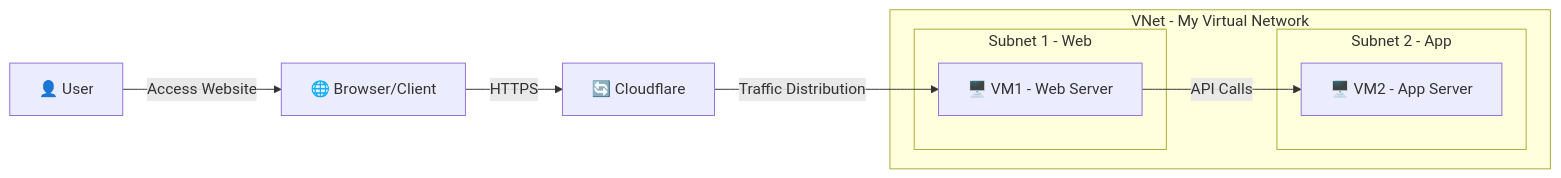
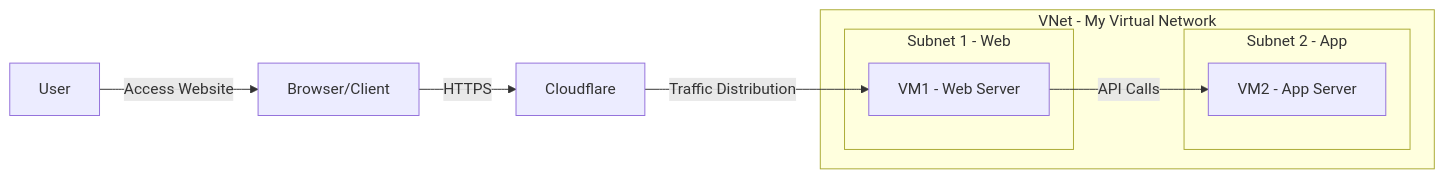
One commit to hexobandit/X9_simplemermaid changed the diagram in examples/network-diagram.mmd. Above: the diagram before and after it, drawn with Mermaid. The commit also changed 25 other files, not shown here.

```diff
--- a/examples/network-diagram.mmd
+++ b/examples/network-diagram.mmd
@@ -1,13 +1,13 @@
 flowchart LR
-User[👤 User] -->|Access Website| Browser[🌐 Browser/Client]
-Browser -->|HTTPS| LB[🔄 Cloudflare]
+User[User] -->|Access Website| Browser[Browser/Client]
+Browser -->|HTTPS| LB[Cloudflare]
 subgraph VNET1 [VNet - My Virtual Network]
 subgraph Subnet1 [Subnet 1 - Web]
-VM1[🖥️ VM1 - Web Server]
+VM1[VM1 - Web Server]
 end
 subgraph Subnet2 [Subnet 2 - App]
-VM2[🖥️ VM2 - App Server]
+VM2[VM2 - App Server]
 end
 end
 LB -->|Traffic Distribution| VM1
 VM1 -- API Calls --> VM2
```
